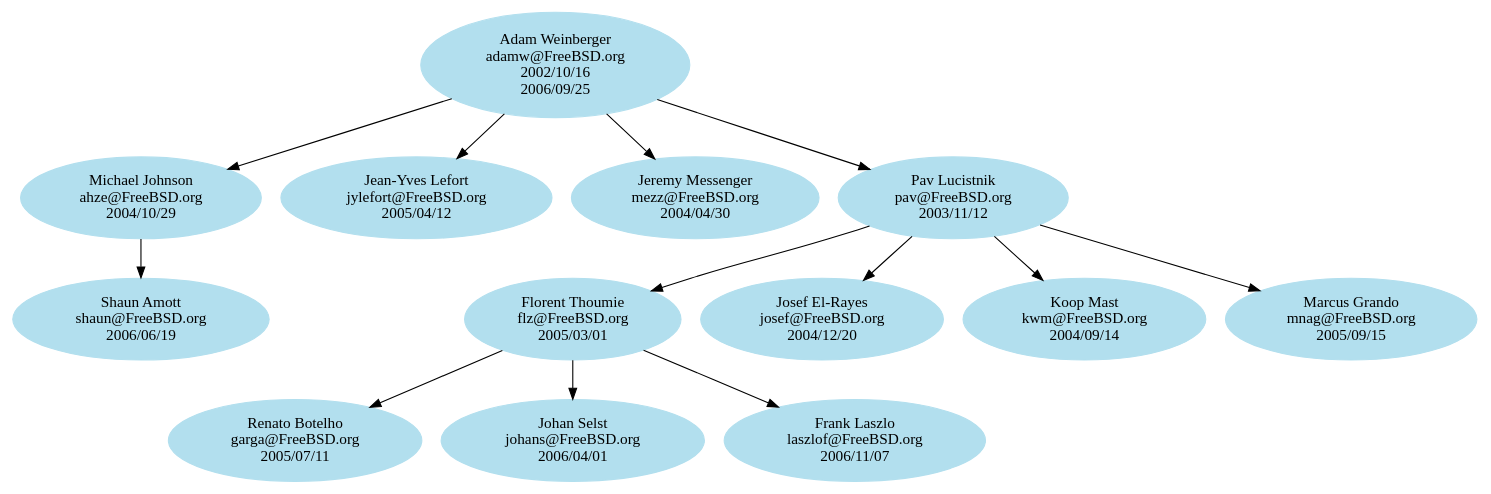
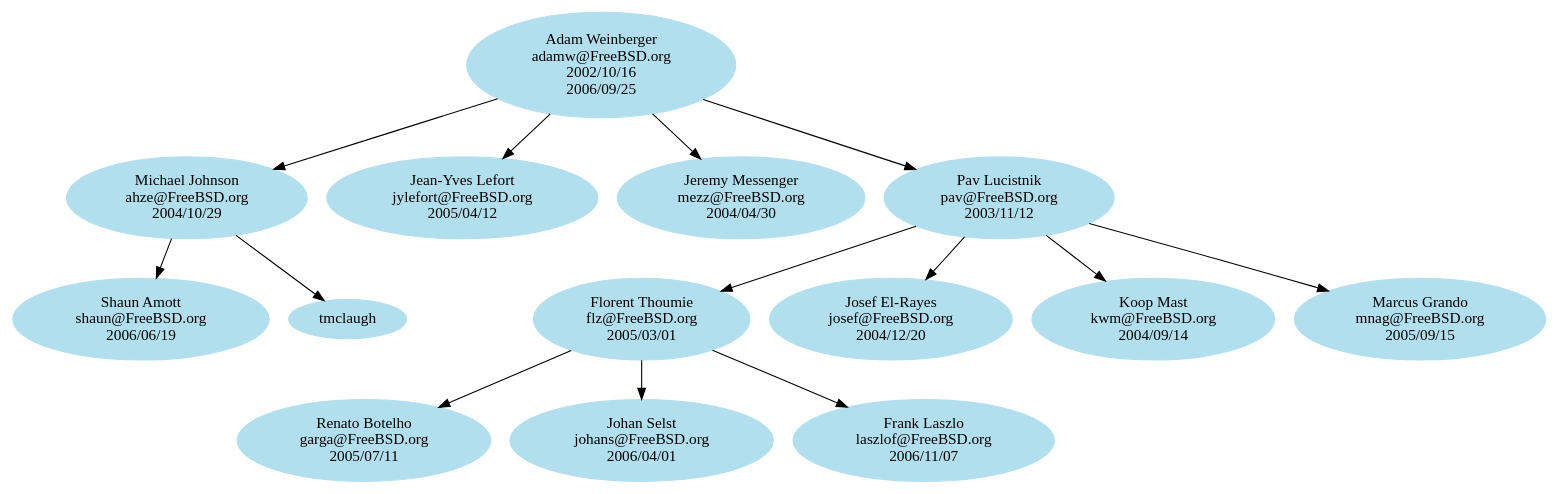
Before and after one commit to kelvinyu/unix-history-repo: the diagram in share/misc/committers-ports.dot, drawn with Graphviz.

Commit message:
Add tmclaugh to my list

```diff
--- a/share/misc/committers-ports.dot
+++ b/share/misc/committers-ports.dot
@@ -1,45 +1,46 @@
 # $FreeBSD$
 
 digraph ports {
 
 node [color=grey62, style=filled, bgcolor=black];
 
 # Alumni go here.
 
 node [color=lightblue2, style=filled, bgcolor=black];
 
 # Current ports committers go here. Try to keep things sorted.
 
 adamw [label="Adam Weinberger\nadamw@FreeBSD.org\n2002/10/16\n2006/09/25"]
 ahze [label="Michael Johnson\nahze@FreeBSD.org\n2004/10/29"]
 flz [label="Florent Thoumie\nflz@FreeBSD.org\n2005/03/01"]
 garga [label="Renato Botelho\ngarga@FreeBSD.org\n2005/07/11"]
 johans [label="Johan Selst\njohans@FreeBSD.org\n2006/04/01"]
 josef [label="Josef El-Rayes\njosef@FreeBSD.org\n2004/12/20"]
 jylefort [label="Jean-Yves Lefort\njylefort@FreeBSD.org\n2005/04/12"]
 kwm [label="Koop Mast\nkwm@FreeBSD.org\n2004/09/14"]
 laszlof [label="Frank Laszlo\nlaszlof@FreeBSD.org\n2006/11/07"]
 mezz [label="Jeremy Messenger\nmezz@FreeBSD.org\n2004/04/30"]
 mnag [label="Marcus Grando\nmnag@FreeBSD.org\n2005/09/15"]
 pav [label="Pav Lucistnik\npav@FreeBSD.org\n2003/11/12"]
 shaun [label="Shaun Amott\nshaun@FreeBSD.org\n2006/06/19"]
 
 # Here are the mentor/mentee relationships.
 
 adamw -> ahze
 adamw -> jylefort
 adamw -> mezz
 adamw -> pav
 
 ahze -> shaun
+ahze -> tmclaugh
 
 flz -> garga
 flz -> johans
 flz -> laszlof
 
 pav -> flz
 pav -> josef
 pav -> kwm
 pav -> mnag
 
 }
```
